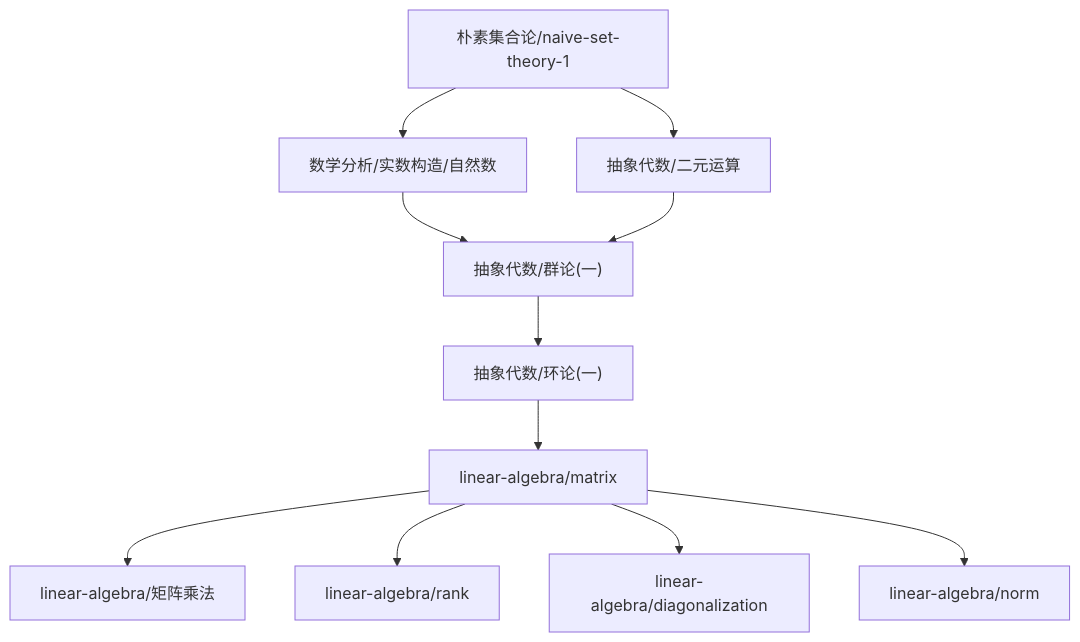
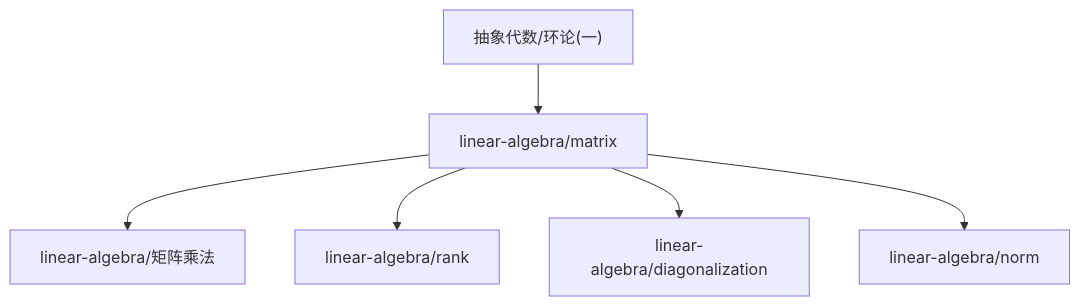
The diagram in content/linear-algebra/dependency_graph.md (zeroDtree/zeroDtree.github.io), drawn with Mermaid before and after one commit. The commit also changed 13 other files, not shown here.

````diff
--- a/content/linear-algebra/dependency_graph.md
+++ b/content/linear-algebra/dependency_graph.md
@@ -1,13 +1,8 @@
 ```mermaid
 graph TD
 1["linear-algebra/matrix"] --> 0["linear-algebra/矩阵乘法"]
 1["linear-algebra/matrix"] --> 2["linear-algebra/rank"]
 4["抽象代数/环论(一)"] --> 1["linear-algebra/matrix"]
 1["linear-algebra/matrix"] --> 5["linear-algebra/diagonalization"]
 1["linear-algebra/matrix"] --> 6["linear-algebra/norm"]
-7["抽象代数/群论(一)"] --> 4["抽象代数/环论(一)"]
-8["数学分析/实数构造/自然数"] --> 7["抽象代数/群论(一)"]
-9["抽象代数/二元运算"] --> 7["抽象代数/群论(一)"]
-10["朴素集合论/naive-set-theory-1"] --> 8["数学分析/实数构造/自然数"]
-10["朴素集合论/naive-set-theory-1"] --> 9["抽象代数/二元运算"]
 ```
````
